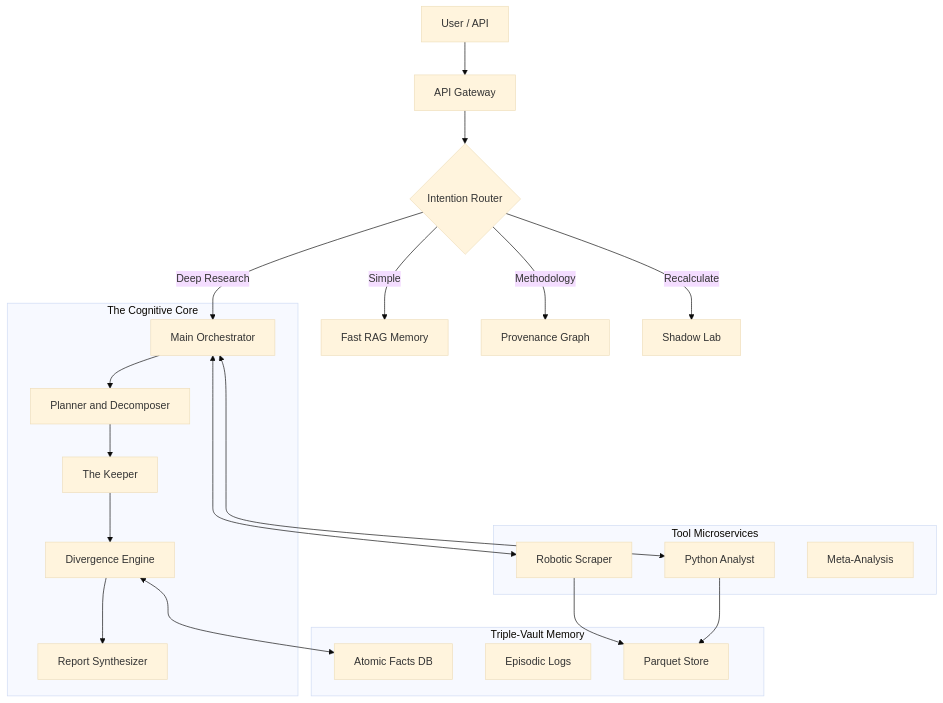
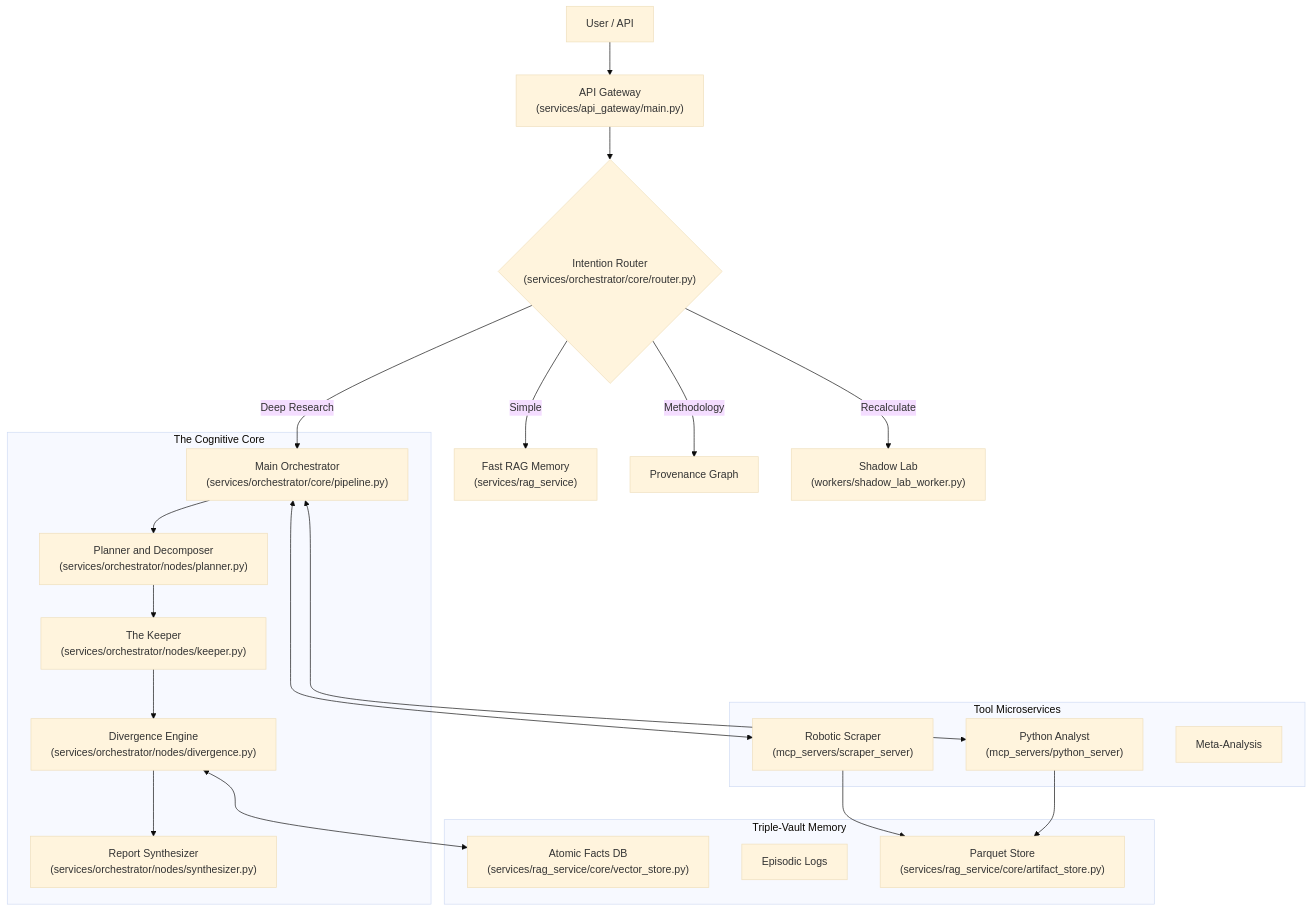
Before and after one commit to azzindani/Kea: the second of 16 diagrams in README.md, drawn with Mermaid (base theme). The commit also changed other lines of this file, not shown here.

Commit message:
docs: Add file path references to Mermaid diagrams in README.md for improved clarity.

````diff
--- a/README.md
+++ b/README.md
@@ -422,35 +422,35 @@
 ```mermaid
 graph TD
-    User[User / API] --> Gateway[API Gateway]
-    Gateway --> Router{Intention Router}
+    User[User / API] --> Gateway["API Gateway<br/>(services/api_gateway/main.py)"]
+    Gateway --> Router{"Intention Router<br/>(services/orchestrator/core/router.py)"}
     
-    Router -->|Simple| FastRAG[Fast RAG Memory]
+    Router -->|Simple| FastRAG["Fast RAG Memory<br/>(services/rag_service)"]
     Router -->|Methodology| Provenance[Provenance Graph]
-    Router -->|Recalculate| ShadowLab[Shadow Lab]
-    Router -->|Deep Research| Orchestrator[Main Orchestrator]
+    Router -->|Recalculate| ShadowLab["Shadow Lab<br/>(workers/shadow_lab_worker.py)"]
+    Router -->|Deep Research| Orchestrator["Main Orchestrator<br/>(services/orchestrator/core/pipeline.py)"]
     
     subgraph CognitiveCore[The Cognitive Core]
-        Orchestrator --> Planner[Planner and Decomposer]
-        Planner --> Keeper[The Keeper]
-        Keeper --> Divergence[Divergence Engine]
-        Divergence --> Synthesizer[Report Synthesizer]
+        Orchestrator --> Planner["Planner and Decomposer<br/>(services/orchestrator/nodes/planner.py)"]
+        Planner --> Keeper["The Keeper<br/>(services/orchestrator/nodes/keeper.py)"]
+        Keeper --> Divergence["Divergence Engine<br/>(services/orchestrator/nodes/divergence.py)"]
+        Divergence --> Synthesizer["Report Synthesizer<br/>(services/orchestrator/nodes/synthesizer.py)"]
     end
     
     subgraph Tools[Tool Microservices]
-        Scraper[Robotic Scraper]
-        Analyst[Python Analyst]
+        Scraper["Robotic Scraper<br/>(mcp_servers/scraper_server)"]
+        Analyst["Python Analyst<br/>(mcp_servers/python_server)"]
         Meta[Meta-Analysis]
     end
     
     subgraph MemoryVault[Triple-Vault Memory]
-        Atomic[Atomic Facts DB]
+        Atomic["Atomic Facts DB<br/>(services/rag_service/core/vector_store.py)"]
         Episodic[Episodic Logs]
-        Artifacts[Parquet Store]
+        Artifacts["Parquet Store<br/>(services/rag_service/core/artifact_store.py)"]
     end
     
     Orchestrator <--> Scraper
     Orchestrator <--> Analyst
     Divergence <--> Atomic
     Scraper --> Artifacts
     Analyst --> Artifacts
 ```
````
